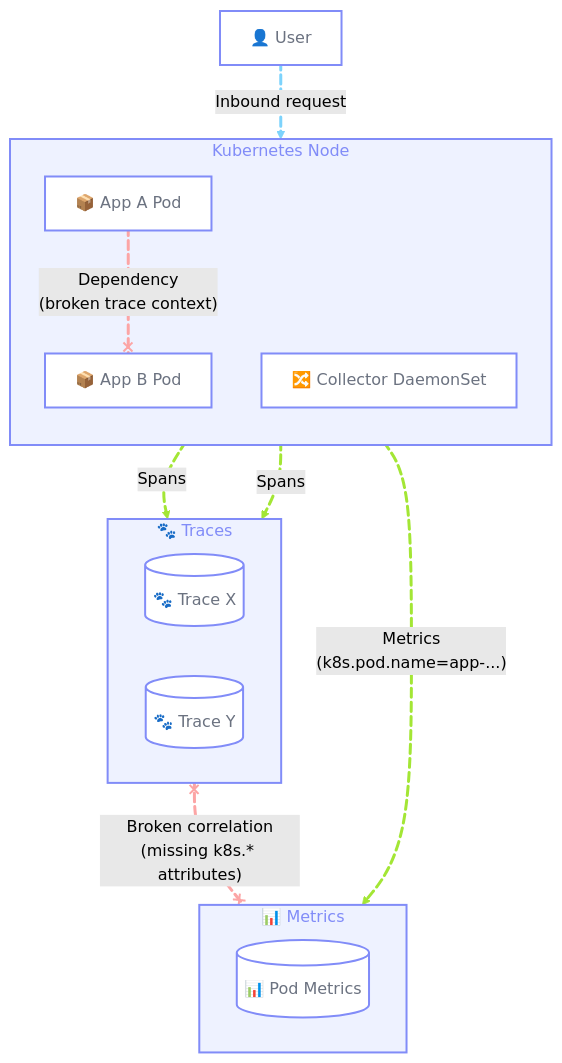
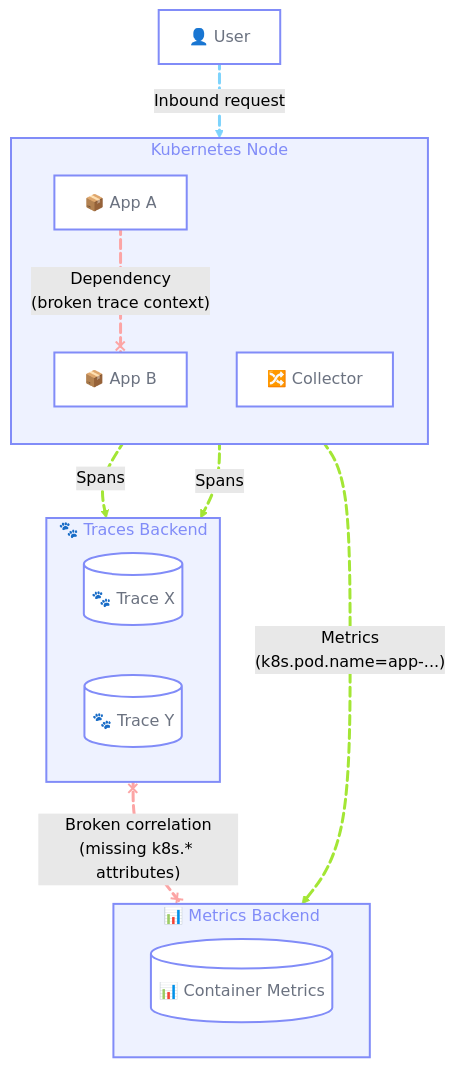
One commit to open-telemetry/opentelemetry.io changed the first of 4 diagrams in content/en/docs/guidance/blueprints/centralized-platforms.md. Above: the diagram before and after it, drawn with Mermaid (forest theme).

Commit message:
Change wording diagram 1

````diff
--- a/content/en/docs/guidance/blueprints/centralized-platforms.md
+++ b/content/en/docs/guidance/blueprints/centralized-platforms.md
@@ -82,49 +82,49 @@
 ```mermaid
 ---
 config:
   flowchart:
     curve: basis
 ---
 flowchart TB
   subgraph K8sNode["Kubernetes Node"]
     direction TB
-    AppA["📦 App A Pod"]:::node
-    AppB["📦 App B Pod"]:::node
-    Collector["🔀️ Collector DaemonSet"]:::node
+    AppA["📦 App A"]:::node
+    AppB["📦 App B"]:::node
+    Collector["🔀️ Collector"]:::node
   end
 
-  subgraph TracesDB["🐾️ Traces"]
+  subgraph TracesDB["🐾️ Traces Backend"]
     direction LR
     TraceX[("🐾 Trace X")]:::node
     TraceY[("🐾 Trace Y")]:::node
   end
 
-  subgraph MetricsDB["📊️ Metrics"]
-    Metrics[("📊 Pod Metrics")]:::node
+  subgraph MetricsDB["📊️ Metrics Backend"]
+    Metrics[("📊 Container Metrics")]:::node
   end
 
   User["👤 User"]:::node
 
   User L_User_AppA@-- Inbound request --> AppA
   AppA L_AppA_AppB@-. "Dependency<br>(broken trace context)" .-x AppB
   TracesDB L_TracesDB_MetricsDB@x-. "Broken correlation<br>(missing k8s.* attributes)" .-x MetricsDB
   AppA L_AppA_TraceX@== Spans ==> TraceX
   AppB L_AppB_TraceY@== Spans ==> TraceY
   Collector L_Collector_MetricsDB@== "Metrics<br>(k8s.pod.name=app-...)" ==> MetricsDB
 
   classDef node fill:#ffffff, stroke:#818cf8, stroke-width:2px, color:#6b7280
   style K8sNode fill:#eef2ff, stroke:#818cf8, stroke-width:2px, color:#818cf8
   style TracesDB fill:#eef2ff, stroke:#818cf8, stroke-width:2px, color:#818cf8
   style MetricsDB fill:#eef2ff, stroke:#818cf8, stroke-width:2px, color:#818cf8
   linkStyle 0 stroke:#7dd3fc, fill:none, stroke-width:3px
   linkStyle 1 stroke:#fca5a5, fill:none, stroke-width:3px
   linkStyle 2 stroke:#fca5a5, fill:none, stroke-width:3px
   linkStyle 3,4,5 stroke:#a3e635, fill:none, stroke-width:3px
 
   L_User_AppA@{ animation: slow }
   L_AppA_AppB@{ animation: slow }
   L_TracesDB_MetricsDB@{ animation: slow }
   L_AppA_TraceX@{ animation: fast }
   L_AppB_TraceY@{ animation: fast }
   L_Collector_MetricsDB@{ animation: fast }
 ```
````
